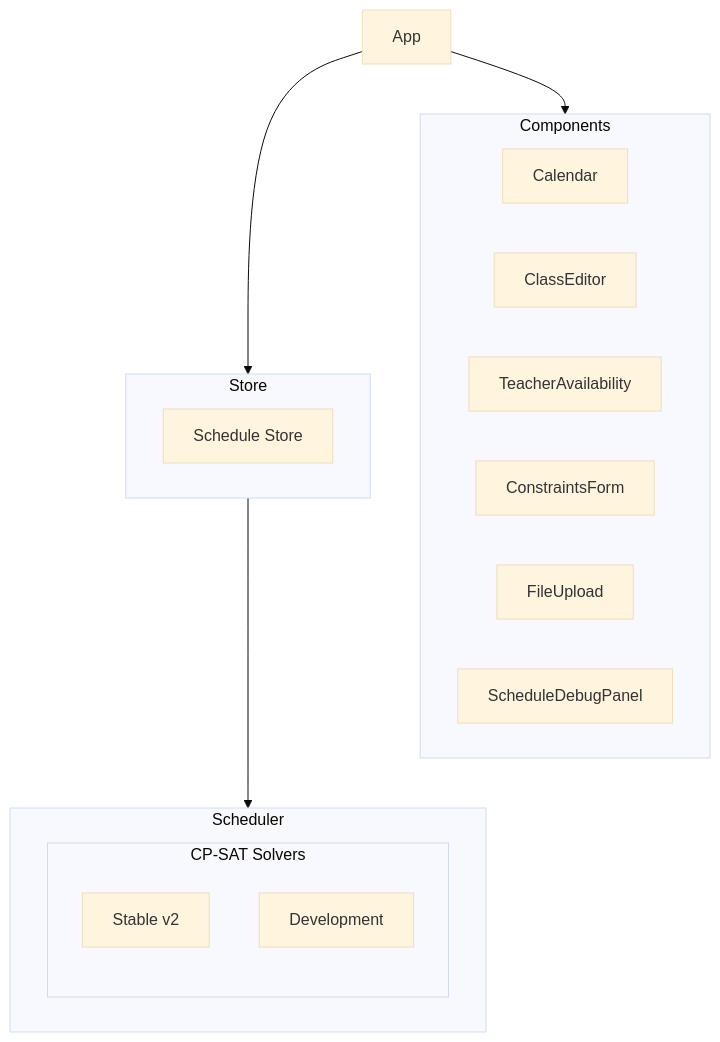
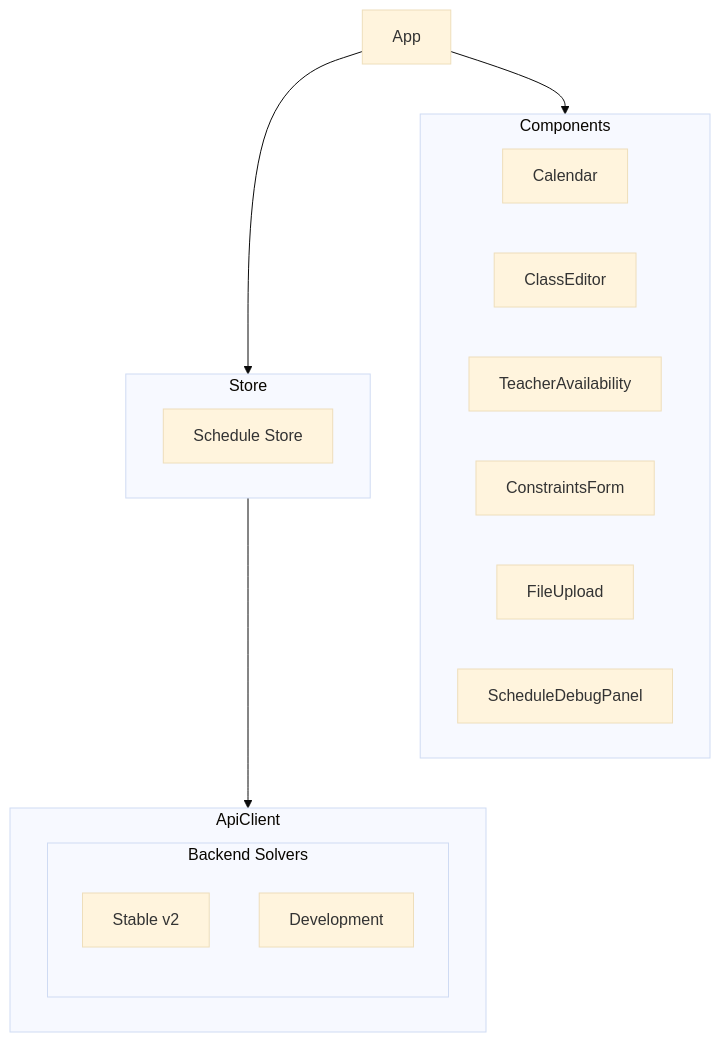
One commit to danfeder/bolt_v2 changed the diagram in memory-bank/systemPatterns.md. Above: the diagram before and after it, drawn with Mermaid (base theme). The commit also changed other lines of this file and 9 other files, not shown here.

````diff
--- a/memory-bank/systemPatterns.md
+++ b/memory-bank/systemPatterns.md
@@ -6,26 +6,26 @@
 ```mermaid
 flowchart TD
     App --> Components
     App --> Store
-    Store --> Scheduler
+    Store --> ApiClient
     
     subgraph Components
         Calendar
         ClassEditor
         TeacherAvailability
         ConstraintsForm
         FileUpload
         ScheduleDebugPanel
     end
     
     subgraph Store
         scheduleStore[Schedule Store]
     end
     
-    subgraph Scheduler
-        subgraph "CP-SAT Solvers"
+    subgraph ApiClient
+        subgraph "Backend Solvers"
             StableV2[Stable v2]
             DevVersion[Development]
         end
     end
 ```
````
